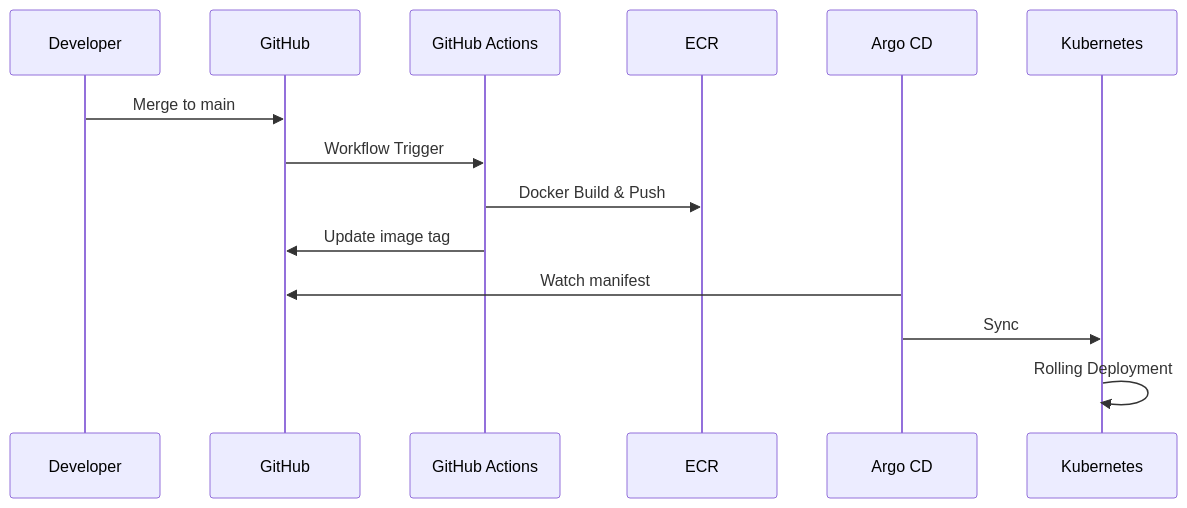
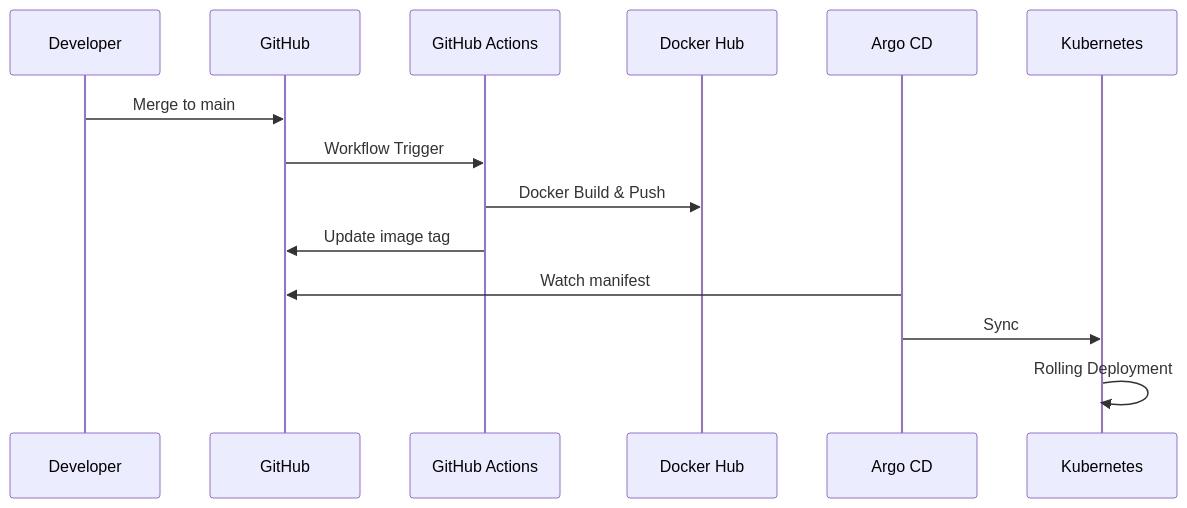
The second of 2 diagrams in docs/presentation/presentation.md (KosaCloudTeam2/infra-platform), drawn with Mermaid before and after one commit. The commit also changed other lines of this file and 28 other files, not shown here.

First line of the commit message:
docs: Docker Hub 기반 이미지 저장소 기준 반영

````diff
--- a/docs/presentation/presentation.md
+++ b/docs/presentation/presentation.md
@@ -87,17 +87,17 @@
 ```mermaid
 sequenceDiagram
     participant Dev as Developer
     participant GH as GitHub
     participant GA as GitHub Actions
-    participant ECR as ECR
+    participant Registry as Docker Hub
     participant Argo as Argo CD
     participant K8s as Kubernetes
 
     Dev->>GH: Merge to main
     GH->>GA: Workflow Trigger
-    GA->>ECR: Docker Build & Push
+    GA->>Registry: Docker Build & Push
     GA->>GH: Update image tag
     Argo->>GH: Watch manifest
     Argo->>K8s: Sync
     K8s->>K8s: Rolling Deployment
 ```
````
